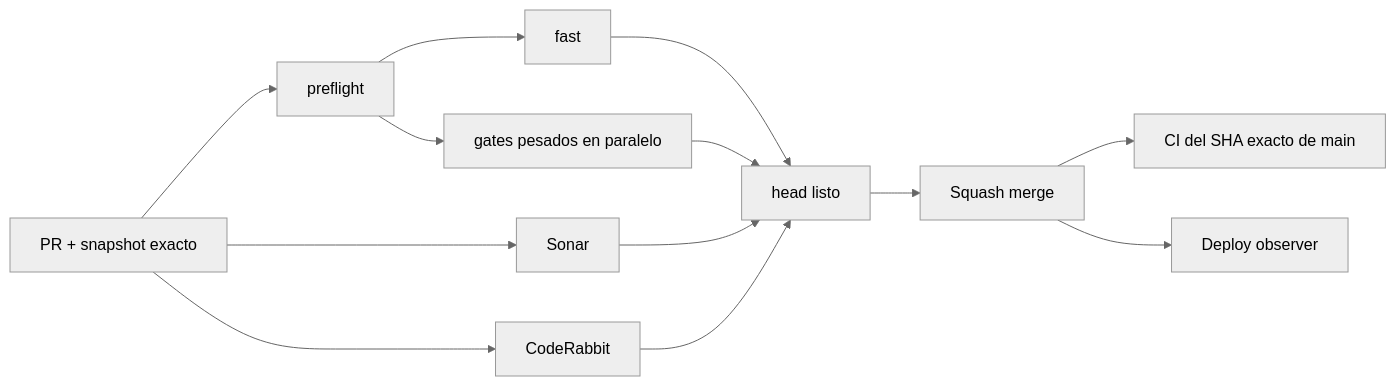
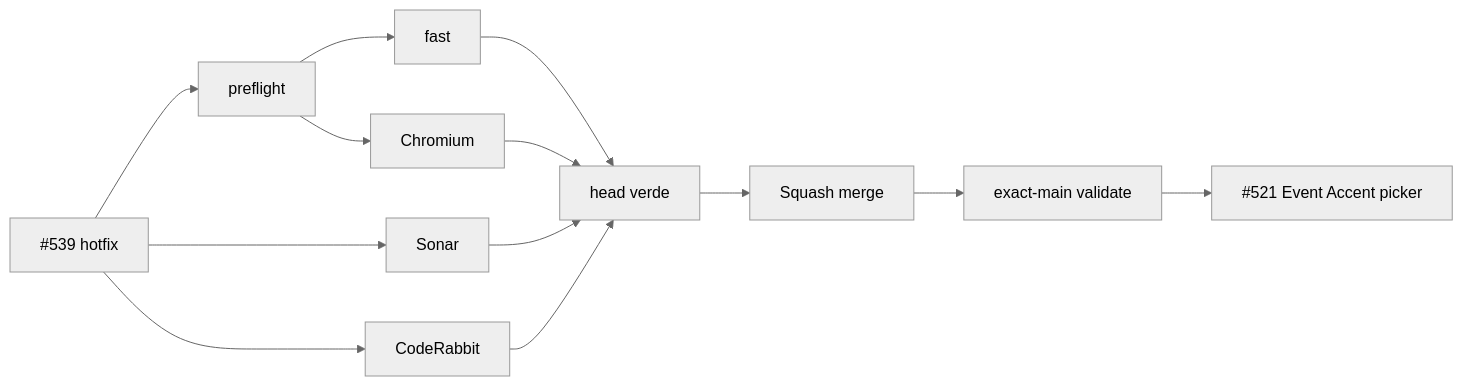
One commit to pl0n3r/brvtal changed the diagram in README.md. Above: the diagram before and after it, drawn with Mermaid (neutral theme). The commit also changed other lines of this file and 1 other file, not shown here.

````diff
--- a/README.md
+++ b/README.md
@@ -47,15 +44,15 @@
 ```mermaid
 flowchart LR
-    A["PR + snapshot exacto"] --> P["preflight"]
+    A["#539 hotfix"] --> P["preflight"]
     P --> F["fast"]
-    P --> H["gates pesados en paralelo"]
+    P --> C["Chromium"]
     A --> S["Sonar"]
-    A --> C["CodeRabbit"]
-    F --> G["head listo"]
-    H --> G
+    A --> R["CodeRabbit"]
+    F --> G["head verde"]
+    C --> G
     S --> G
-    C --> G
+    R --> G
     G --> M["Squash merge"]
-    M --> X["CI del SHA exacto de main"]
-    M --> D["Deploy observer"]
+    M --> X["exact-main validate"]
+    X --> N["#521 Event Accent picker"]
 ```
````
